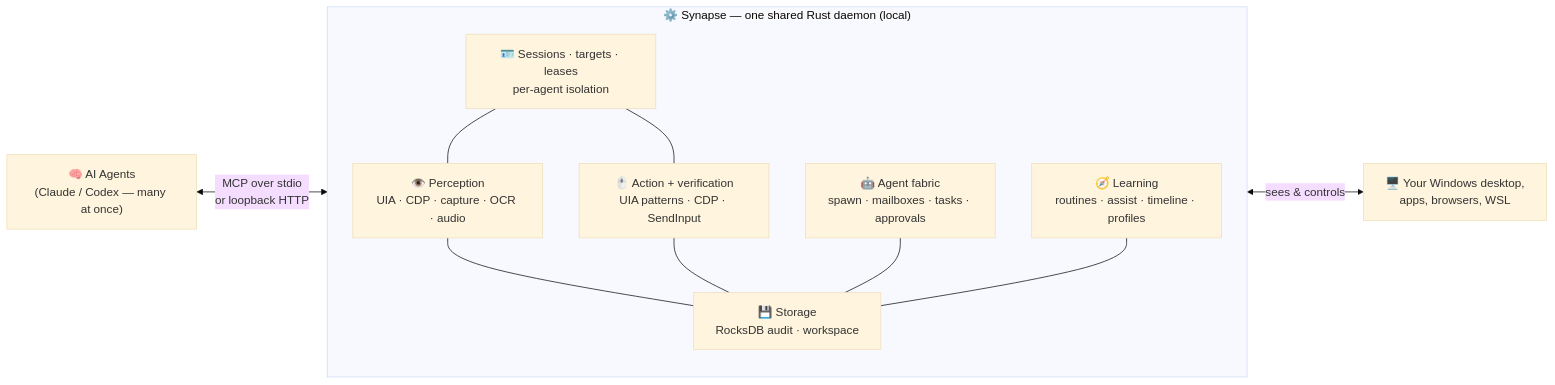
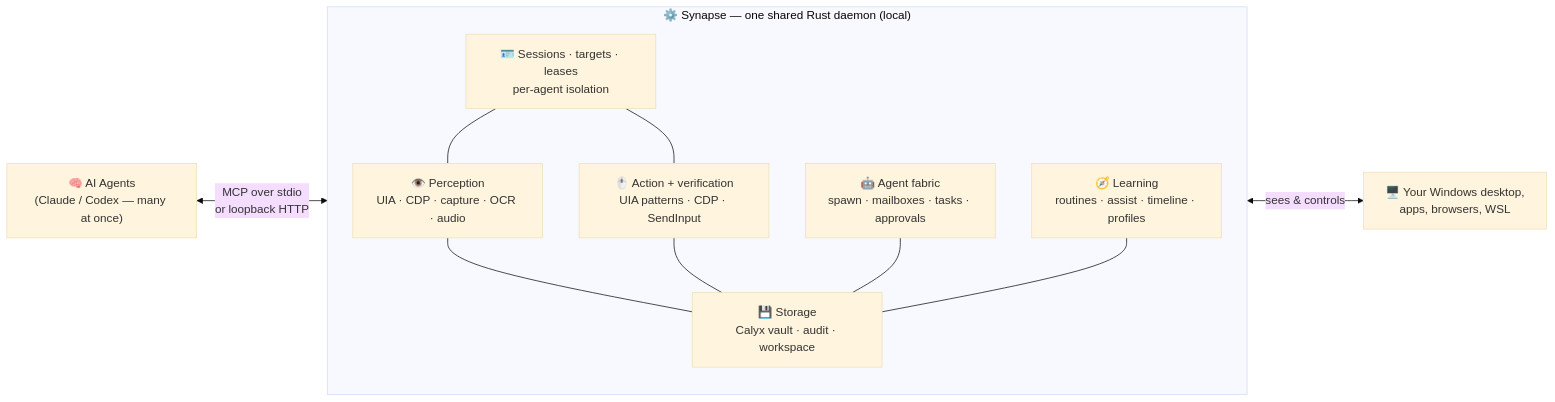
One commit to ChrisRoyse/Synapse changed the first of 2 diagrams in README.md. Above: the diagram before and after it, drawn with Mermaid (base theme). The commit also changed other lines of this file and 60 other files, not shown here.

First line of the commit message:
Remove RocksDB storage backend [skip ci]

````diff
--- a/README.md
+++ b/README.md
@@ -398,19 +398,19 @@
 ```mermaid
 flowchart LR
     A["🧠 AI Agents<br/>(Claude / Codex — many at once)"] <-->|MCP over stdio<br/>or loopback HTTP| B
     subgraph B["⚙️ Synapse — one shared Rust daemon (local)"]
         SES["🪪 Sessions · targets · leases<br/>per-agent isolation"]
         P["👁️ Perception<br/>UIA · CDP · capture · OCR · audio"]
         ACT["🖱️ Action + verification<br/>UIA patterns · CDP · SendInput"]
         FAB["🤖 Agent fabric<br/>spawn · mailboxes · tasks · approvals"]
         LRN["🧭 Learning<br/>routines · assist · timeline · profiles"]
-        ST["💾 Storage<br/>RocksDB audit · workspace"]
+        ST["💾 Storage<br/>Calyx vault · audit · workspace"]
     end
     B <-->|sees & controls| W["🖥️ Your Windows desktop,<br/>apps, browsers, WSL"]
     SES --- P
     SES --- ACT
     P --- ST
     ACT --- ST
     FAB --- ST
     LRN --- ST
 ```
````
